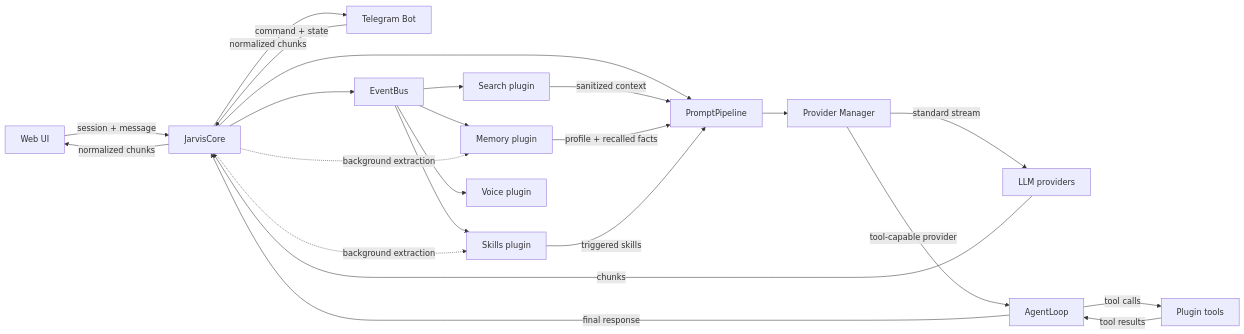
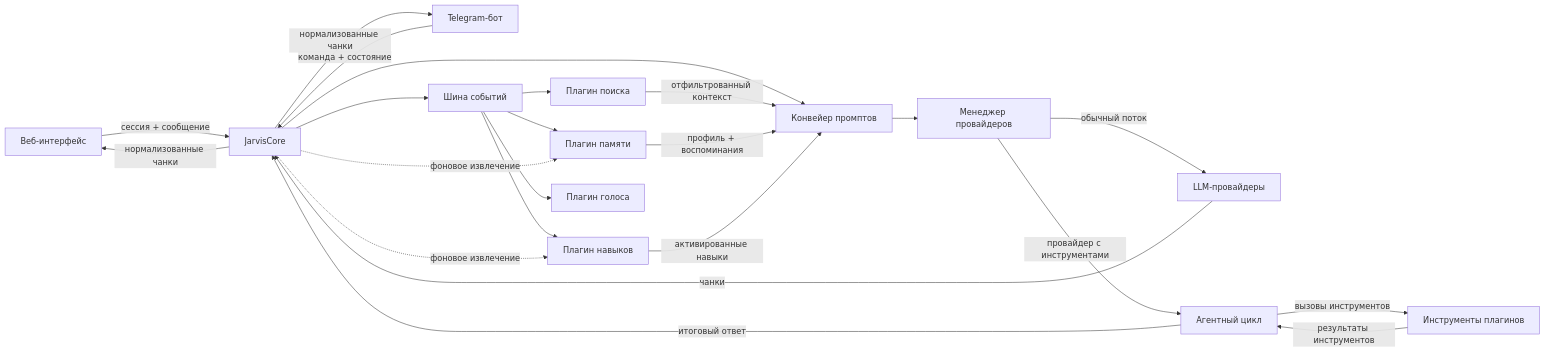
One commit to NWing1202/JARVIS-Case-Study changed the diagram in README.md. Above: the diagram before and after it, drawn with Mermaid. The commit also changed other lines of this file, not shown here.

````diff
--- a/README.md
+++ b/README.md
@@ -27,25 +41,25 @@
 ```mermaid
 flowchart LR
-  W[Web UI] -->|session + message| C[JarvisCore]
-  T[Telegram Bot] -->|command + state| C
-  C --> P[PromptPipeline]
-  C --> E[EventBus]
-  E --> S[Search plugin]
-  E --> M[Memory plugin]
-  E --> K[Skills plugin]
-  E --> V[Voice plugin]
-  S -->|sanitized context| P
-  M -->|profile + recalled facts| P
-  K -->|triggered skills| P
-  P --> PM[Provider Manager]
-  PM -->|standard stream| LP[LLM providers]
-  PM -->|tool-capable provider| AL[AgentLoop]
-  AL -->|tool calls| PL[Plugin tools]
-  PL -->|tool results| AL
-  AL -->|final response| C
-  LP -->|chunks| C
-  C -->|normalized chunks| W
-  C -->|normalized chunks| T
-  C -. background extraction .-> M
-  C -. background extraction .-> K
+  W[Веб-интерфейс] -->|сессия + сообщение| C[JarvisCore]
+  T[Telegram-бот] -->|команда + состояние| C
+  C --> P[Конвейер промптов]
+  C --> E[Шина событий]
+  E --> S[Плагин поиска]
+  E --> M[Плагин памяти]
+  E --> K[Плагин навыков]
+  E --> V[Плагин голоса]
+  S -->|отфильтрованный контекст| P
+  M -->|профиль + воспоминания| P
+  K -->|активированные навыки| P
+  P --> PM[Менеджер провайдеров]
+  PM -->|обычный поток| LP[LLM-провайдеры]
+  PM -->|провайдер с инструментами| AL[Агентный цикл]
+  AL -->|вызовы инструментов| PL[Инструменты плагинов]
+  PL -->|результаты инструментов| AL
+  AL -->|итоговый ответ| C
+  LP -->|чанки| C
+  C -->|нормализованные чанки| W
+  C -->|нормализованные чанки| T
+  C -. фоновое извлечение .-> M
+  C -. фоновое извлечение .-> K
 ```
````
